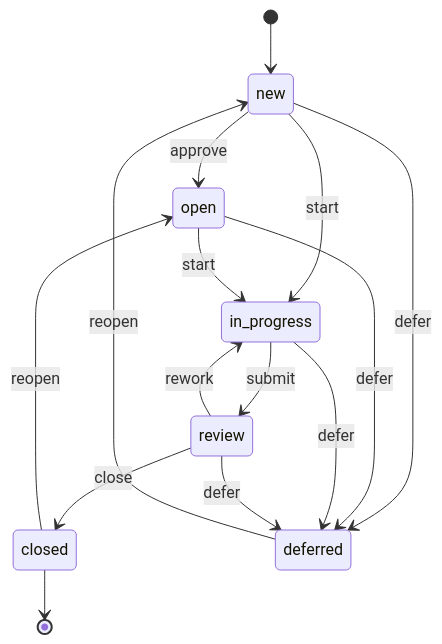
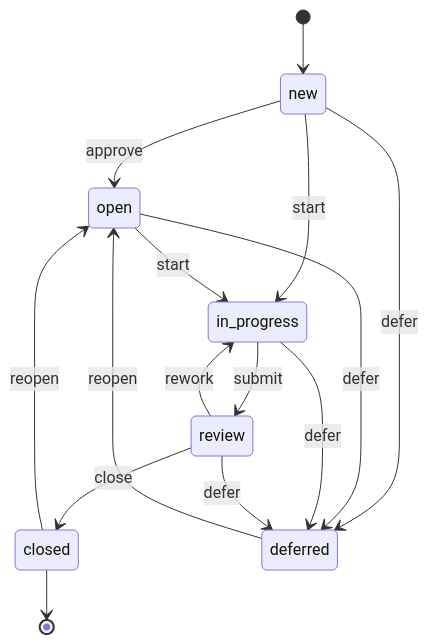
The first of 2 diagrams in docs/dev/vision/README.md (joyint/joy), drawn with Mermaid before and after one commit. The commit also changed 2 other files, not shown here.

Commit message:
fix(docs): reopen from deferred targets open, not new, in vision diagram JOY-01AF-2E
joy reopen always sets status to open regardless of source; the vision
status-workflow diagram wrongly showed deferred -> new. Matches the same
fix on the website.

````diff
--- a/docs/dev/vision/README.md
+++ b/docs/dev/vision/README.md
@@ -139,18 +139,18 @@
 ```mermaid
 stateDiagram-v2
     [*] --> new
     new --> open : approve
     new --> in_progress : start
     open --> in_progress : start
     state in_progress : in-progress
     in_progress --> review : submit
     review --> closed : close
     review --> in_progress : rework
     new --> deferred : defer
     open --> deferred : defer
     in_progress --> deferred : defer
     review --> deferred : defer
-    deferred --> new : reopen
+    deferred --> open : reopen
     closed --> open : reopen
     closed --> [*]
 ```
````
